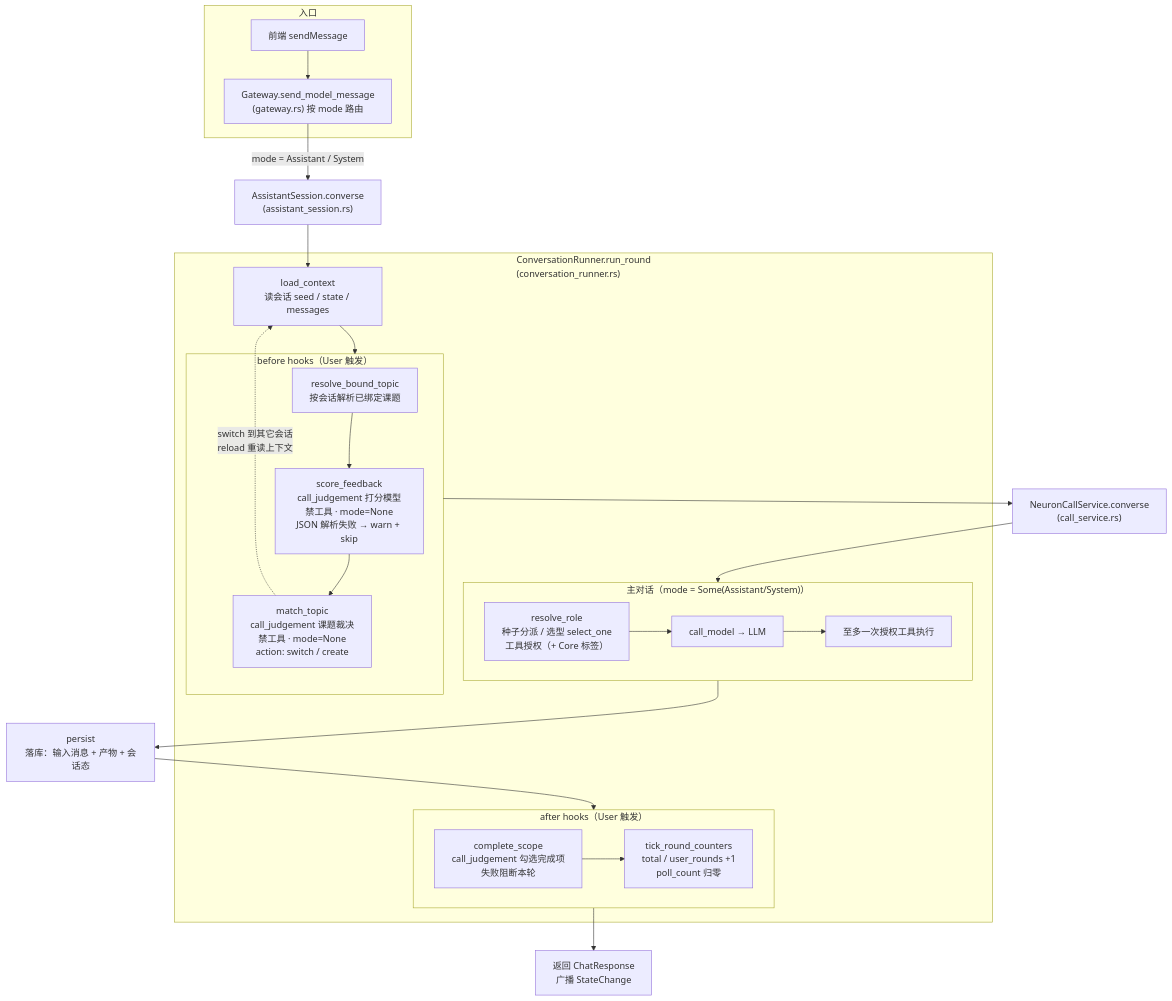
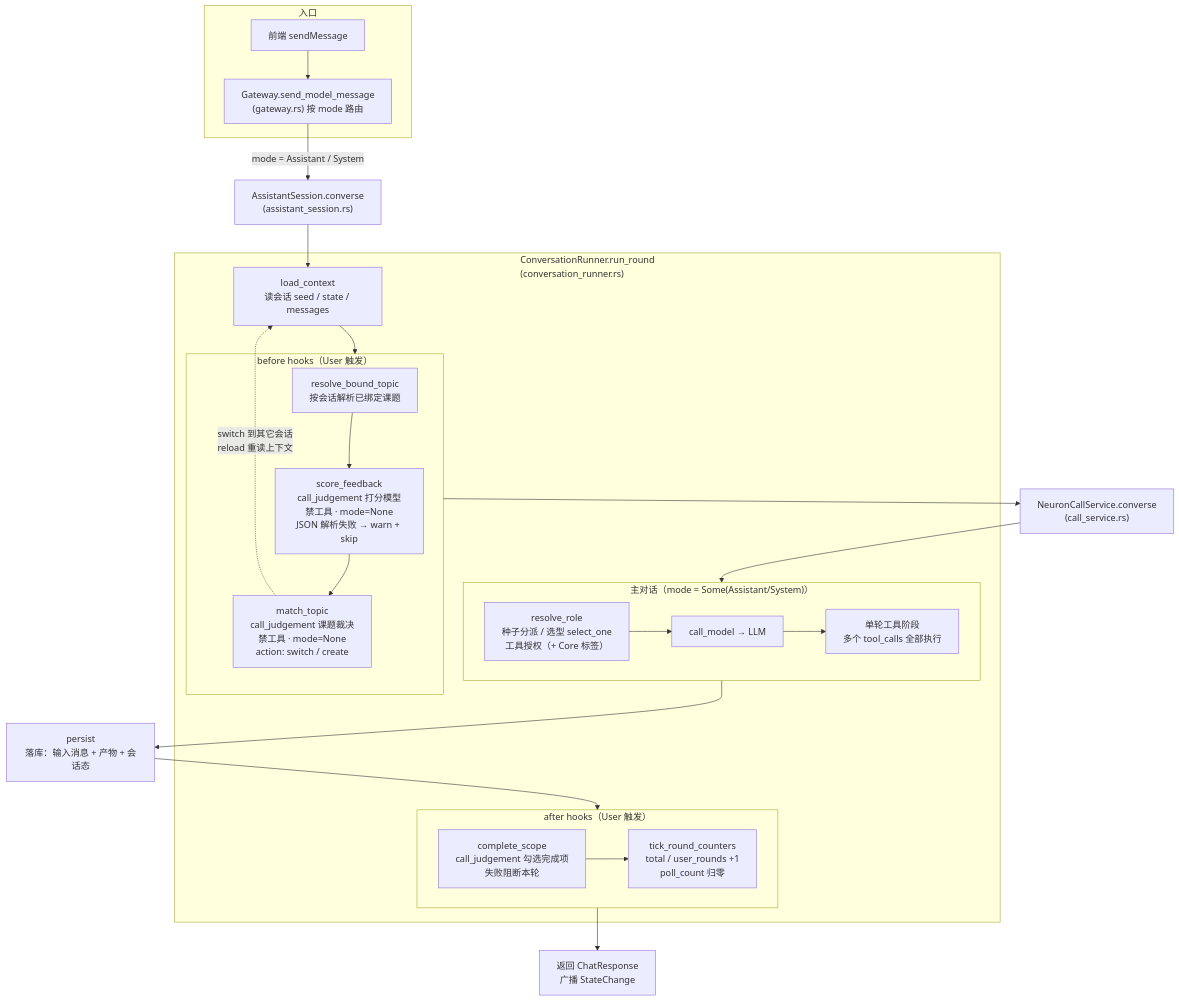
One commit to luoanb/new-start changed the fourth of 5 diagrams in docs/pulsar/architecture.md. Above: the diagram before and after it, drawn with Mermaid. The commit also changed 4 other files, not shown here.

````diff
--- a/docs/pulsar/architecture.md
+++ b/docs/pulsar/architecture.md
@@ -264,32 +264,32 @@
 ```mermaid
 flowchart TB
   subgraph ent["入口"]
     UI["前端 sendMessage"] --> GW["Gateway.send_model_message<br/>(gateway.rs) 按 mode 路由"]
   end
   GW -->|"mode = Assistant / System"| CONV["AssistantSession.converse<br/>(assistant_session.rs)"]
 
   subgraph runner["ConversationRunner.run_round<br/>(conversation_runner.rs)"]
     LC["load_context<br/>读会话 seed / state / messages"]
 
     subgraph before["before hooks（User 触发）"]
       RBT["resolve_bound_topic<br/>按会话解析已绑定课题"] --> SF["score_feedback<br/>call_judgement 打分模型<br/>禁工具 · mode=None<br/>JSON 解析失败 → warn + skip"] --> MT["match_topic<br/>call_judgement 课题裁决<br/>禁工具 · mode=None<br/>action: switch / create"]
     end
 
     subgraph core["主对话（mode = Some(Assistant/System)）"]
-      RR["resolve_role<br/>种子分派 / 选型 select_one<br/>工具授权（+ Core 标签）"] --> MC["call_model → LLM"] --> TC["至多一次授权工具执行"]
+      RR["resolve_role<br/>种子分派 / 选型 select_one<br/>工具授权（+ Core 标签）"] --> MC["call_model → LLM"] --> TC["单轮工具阶段<br/>多个 tool_calls 全部执行"]
     end
 
     subgraph after["after hooks（User 触发）"]
       CMP["complete_scope<br/>call_judgement 勾选完成项<br/>失败阻断本轮"] --> TCK["tick_round_counters<br/>total / user_rounds +1<br/>poll_count 归零"]
     end
   end
 
   CONV --> LC
   LC --> before
   before --> CS["NeuronCallService.converse<br/>(call_service.rs)"]
   CS --> core
   core --> PER["persist<br/>落库：输入消息 + 产物 + 会话态"]
   PER --> after
   after --> RES["返回 ChatResponse<br/>广播 StateChange"]
   MT -.->|"switch 到其它会话<br/>reload 重读上下文"| LC
 ```
````
